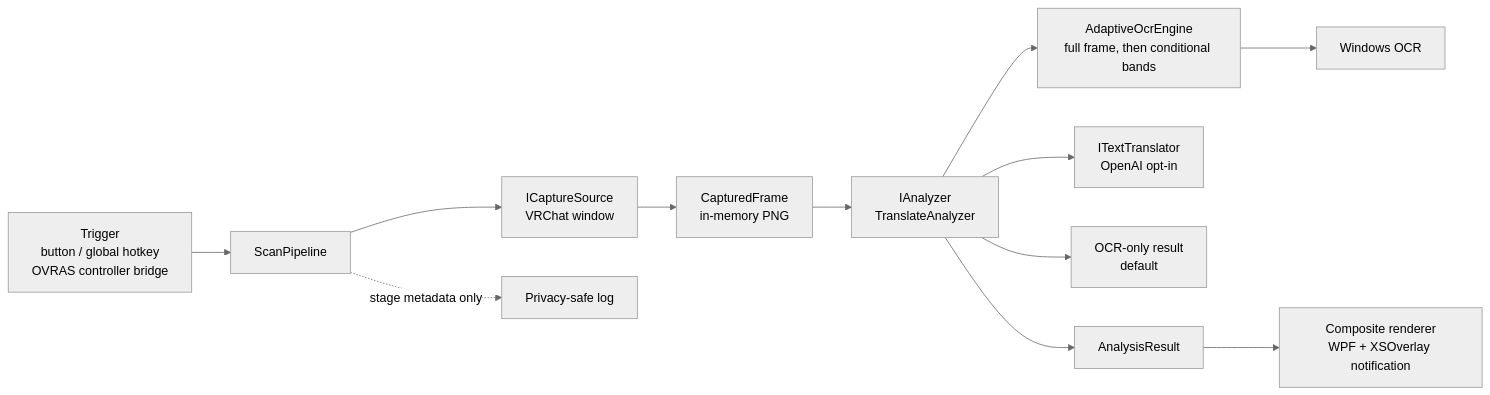
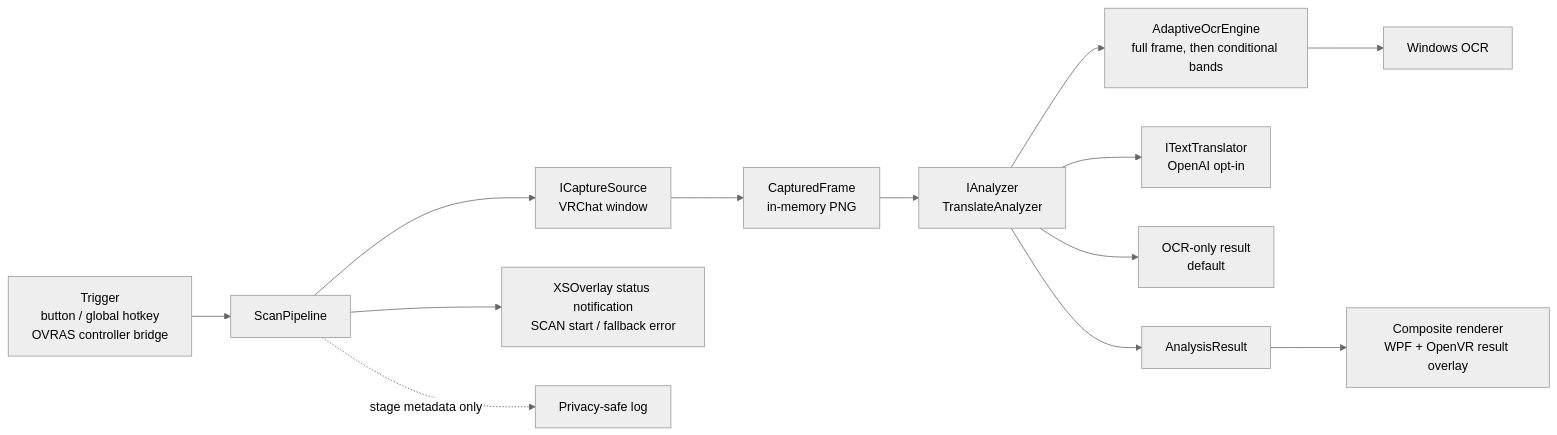
The diagram in DESIGN.md (Na2ki-BB/vrchat-visual-assistant), drawn with Mermaid (neutral theme) before and after one commit. The commit also changed other lines of this file and 1 other file, not shown here.

Commit message:
docs: select interactive SteamVR result panel

````diff
--- a/DESIGN.md
+++ b/DESIGN.md
@@ -164,14 +164,15 @@
 ```mermaid
 flowchart LR
     T[Trigger<br/>button / global hotkey<br/>OVRAS controller bridge] --> P[ScanPipeline]
     P --> C[ICaptureSource<br/>VRChat window]
     C --> F[CapturedFrame<br/>in-memory PNG]
     F --> A[IAnalyzer<br/>TranslateAnalyzer]
     A --> O[AdaptiveOcrEngine<br/>full frame, then conditional bands]
     O --> W[Windows OCR]
     A --> X[ITextTranslator<br/>OpenAI opt-in]
     A --> N[OCR-only result<br/>default]
     A --> R[AnalysisResult]
-    R --> V[Composite renderer<br/>WPF + XSOverlay notification]
+    R --> V[Composite renderer<br/>WPF + OpenVR result overlay]
+    P --> S[XSOverlay status notification<br/>SCAN start / fallback error]
     P -. stage metadata only .-> L[Privacy-safe log]
 ```
````
